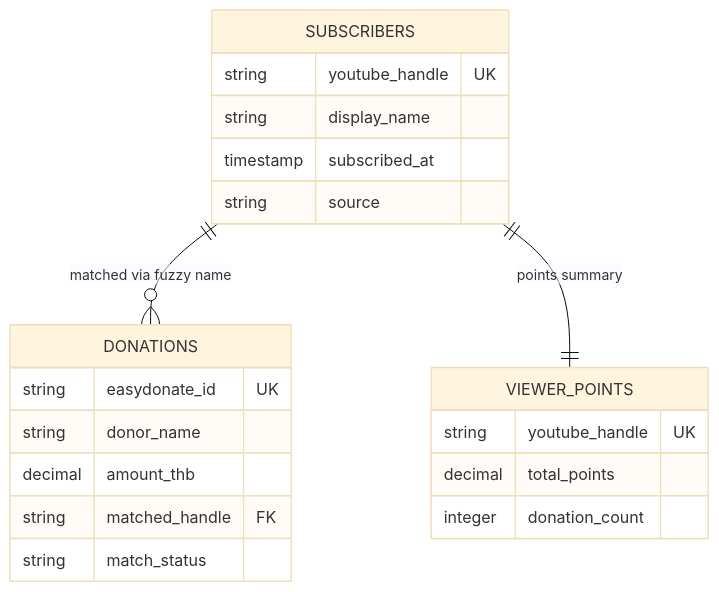
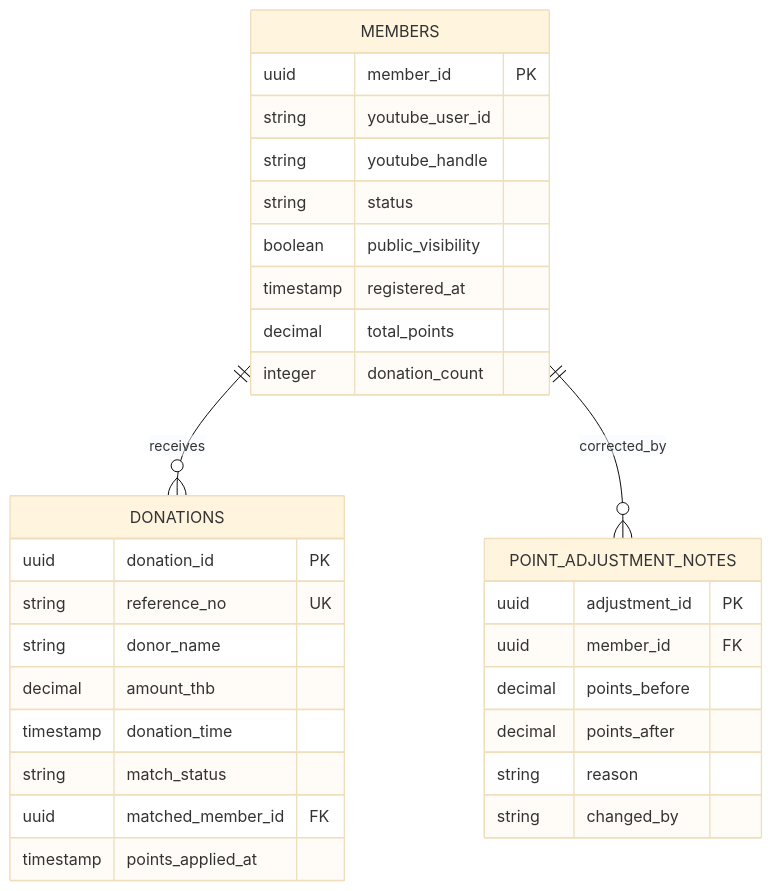
Before and after one commit to oat431/document_template: the second of 3 diagrams in external_spec/deerngo_bot/02_design/025_software_architecture_document.md, drawn with Mermaid (base theme). The commit also changed other lines of this file and 32 other files, not shown here.

````diff
--- a/external_spec/deerngo_bot/02_design/025_software_architecture_document.md
+++ b/external_spec/deerngo_bot/02_design/025_software_architecture_document.md
@@ -275,24 +173,34 @@
 ```mermaid
 erDiagram
-    SUBSCRIBERS ||--o{ DONATIONS : "matched via fuzzy name"
-    SUBSCRIBERS ||--|| VIEWER_POINTS : "points summary"
+    MEMBERS ||--o{ DONATIONS : receives
+    MEMBERS ||--o{ POINT_ADJUSTMENT_NOTES : corrected_by
 
-    SUBSCRIBERS {
-        string youtube_handle UK
-        string display_name
-        timestamp subscribed_at
-        string source
-    }
-    DONATIONS {
-        string easydonate_id UK
-        string donor_name
-        decimal amount_thb
-        string matched_handle FK
-        string match_status
-    }
-    VIEWER_POINTS {
-        string youtube_handle UK
+    MEMBERS {
+        uuid member_id PK
+        string youtube_user_id
+        string youtube_handle
+        string status
+        boolean public_visibility
+        timestamp registered_at
         decimal total_points
         integer donation_count
     }
+    DONATIONS {
+        uuid donation_id PK
+        string reference_no UK
+        string donor_name
+        decimal amount_thb
+        timestamp donation_time
+        string match_status
+        uuid matched_member_id FK
+        timestamp points_applied_at
+    }
+    POINT_ADJUSTMENT_NOTES {
+        uuid adjustment_id PK
+        uuid member_id FK
+        decimal points_before
+        decimal points_after
+        string reason
+        string changed_by
+    }
 ```
````
